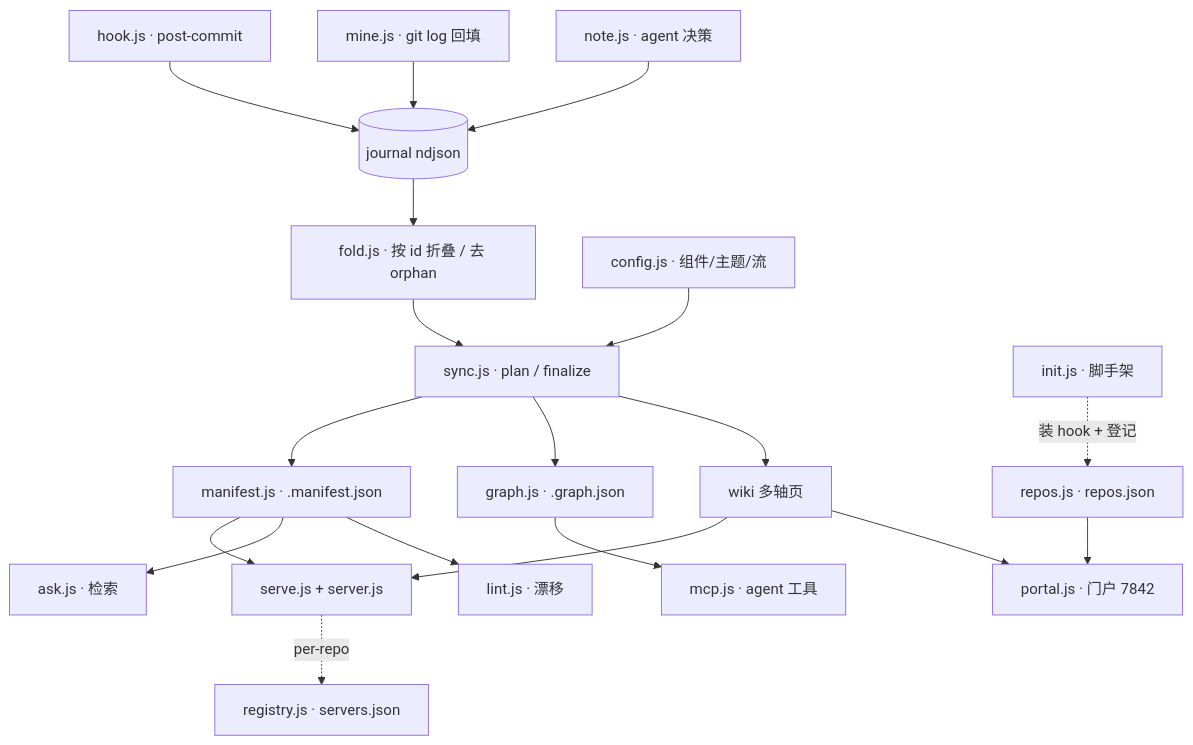
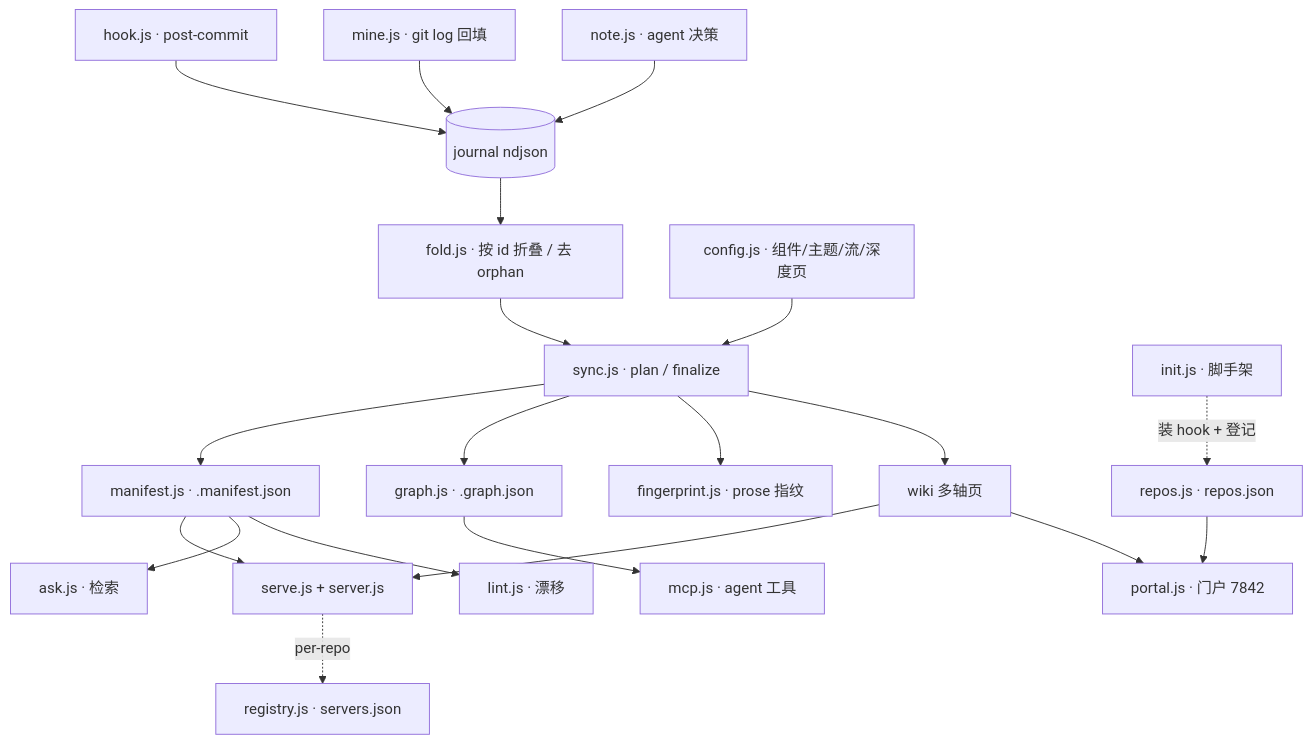
Before and after one commit to shenhuanageshei/lore: the diagram in .lore/wiki/component/lib.md, drawn with Mermaid. The commit also changed other lines of this file and 17 other files, not shown here.

First line of the commit message:
dogfood(lore): per-file deep pages (sync/manifest/fingerprint/hook/fold/mine) + lib overview rewrite

````diff
--- a/.lore/wiki/component/lib.md
+++ b/.lore/wiki/component/lib.md
@@ -13,21 +13,22 @@
 ```mermaid
 flowchart TD
   hook["hook.js · post-commit"] --> J[("journal ndjson")]
   mine["mine.js · git log 回填"] --> J
   note["note.js · agent 决策"] --> J
   J --> fold["fold.js · 按 id 折叠 / 去 orphan"]
-  cfg["config.js · 组件/主题/流"] --> sync["sync.js · plan / finalize"]
+  cfg["config.js · 组件/主题/流/深度页"] --> sync["sync.js · plan / finalize"]
   fold --> sync
   sync --> manifest["manifest.js · .manifest.json"]
   sync --> gj["graph.js · .graph.json"]
+  sync --> fp["fingerprint.js · prose 指纹"]
   sync --> wiki["wiki 多轴页"]
   manifest --> serve["serve.js + server.js"]
   wiki --> serve
   serve -.->|per-repo| reg["registry.js · servers.json"]
   repos["repos.js · repos.json"] --> portal["portal.js · 门户 7842"]
   wiki --> portal
   gj --> mcp["mcp.js · agent 工具"]
   manifest --> ask["ask.js · 检索"]
   manifest --> lint["lint.js · 漂移"]
   init["init.js · 脚手架"] -.->|装 hook + 登记| repos
 ```
````
